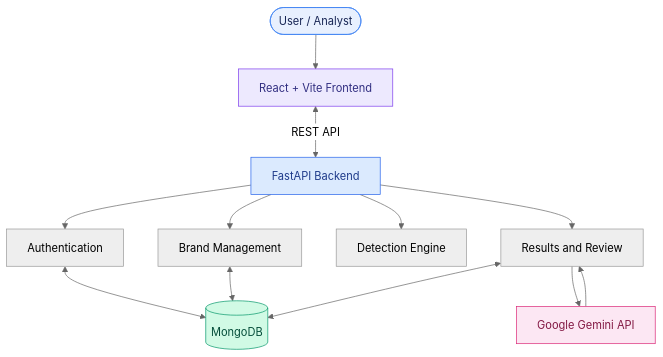
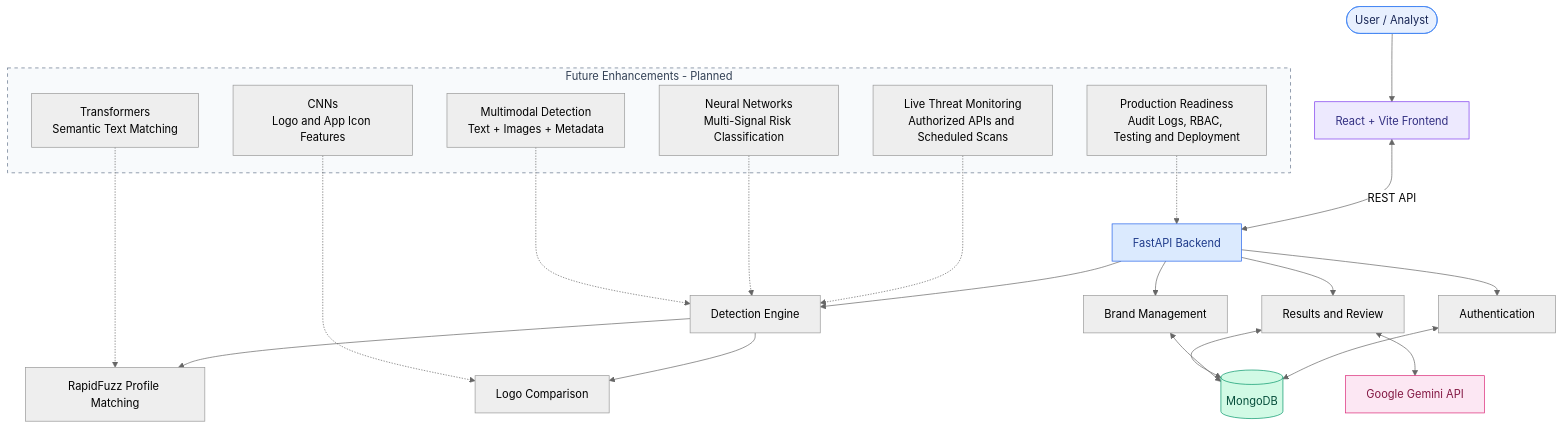
One commit to jhansivemuluri/ByteNexus changed the diagram in README.md. Above: the diagram before and after it, drawn with Mermaid (neutral theme). The commit also changed other lines of this file, not shown here.

````diff
--- a/README.md
+++ b/README.md
@@ -30,30 +30,56 @@
 ```mermaid
 flowchart TD
     U([User / Analyst])
     UI[React + Vite Frontend]
     API[FastAPI Backend]
+
     AUTH[Authentication]
     BRAND[Brand Management]
     DET[Detection Engine]
     REVIEW[Results and Review]
+
+    FUZZY[RapidFuzz Profile Matching]
+    LOGO[Logo Comparison]
     DB[(MongoDB)]
     AI[Google Gemini API]
 
+    subgraph FUTURE["Future Enhancements - Planned"]
+        LIVE[Live Threat Monitoring<br/>Authorized APIs and Scheduled Scans]
+        TRANS[Transformers<br/>Semantic Text Matching]
+        NN[Neural Networks<br/>Multi-Signal Risk Classification]
+        CNN[CNNs<br/>Logo and App Icon Features]
+        MULTI[Multimodal Detection<br/>Text + Images + Metadata]
+        PROD[Production Readiness<br/>Audit Logs, RBAC, Testing and Deployment]
+    end
+
     U --> UI
     UI <-->|REST API| API
+
     API --> AUTH
     API --> BRAND
     API --> DET
     API --> REVIEW
+
     AUTH <--> DB
     BRAND <--> DB
     REVIEW <--> DB
-    REVIEW --> AI
-    AI --> REVIEW
+
+    DET --> FUZZY
+    DET --> LOGO
+
+    REVIEW <--> AI
+
+    LIVE -.-> DET
+    TRANS -.-> FUZZY
+    NN -.-> DET
+    CNN -.-> LOGO
+    MULTI -.-> DET
+    PROD -.-> API
 
     style U fill:#E8F0FE,stroke:#4285F4,color:#172554
     style UI fill:#EDE9FE,stroke:#7C3AED,color:#312E81
     style API fill:#DBEAFE,stroke:#2563EB,color:#1E3A8A
     style DB fill:#D1FAE5,stroke:#059669,color:#064E3B
     style AI fill:#FCE7F3,stroke:#DB2777,color:#831843
+    style FUTURE fill:#F8FAFC,stroke:#64748B,stroke-dasharray:5 5,color:#334155
 ```
````
